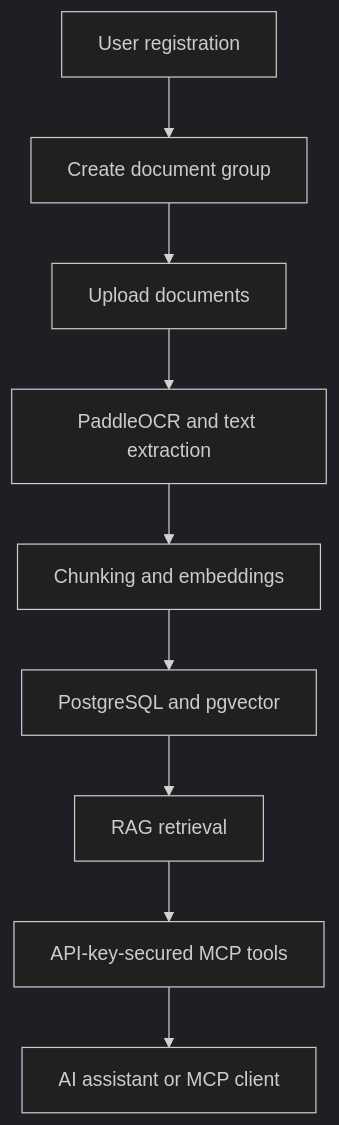
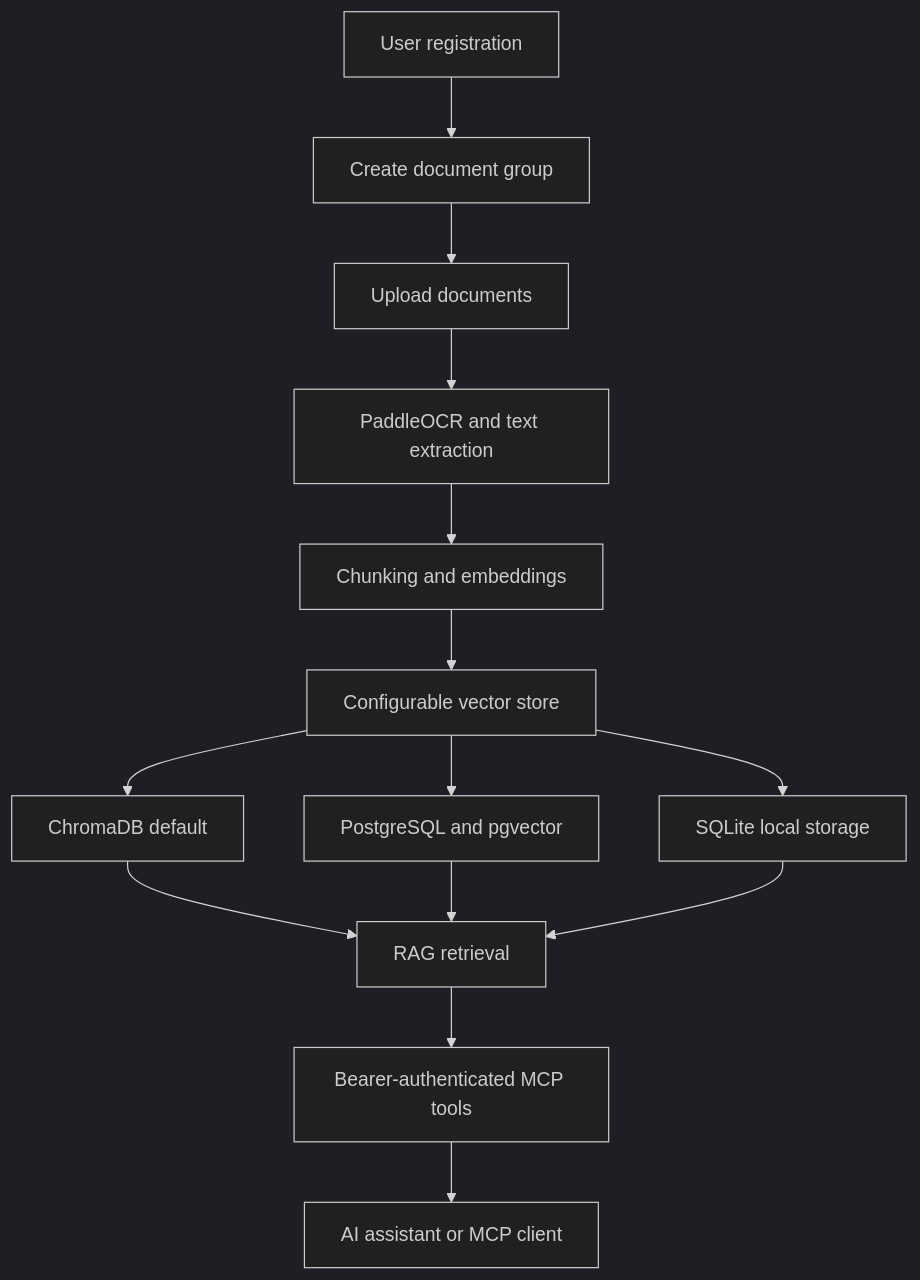
Before and after one commit to MrPrasadRSawant/open-rag-mcp: the diagram in README.md, drawn with Mermaid (dark theme). The commit also changed other lines of this file and 114 other files, not shown here.

````diff
--- a/README.md
+++ b/README.md
@@ -84,11 +88,16 @@
 ```mermaid
 flowchart TD
     A["User registration"] --> B["Create document group"]
     B --> C["Upload documents"]
     C --> D["PaddleOCR and text extraction"]
     D --> E["Chunking and embeddings"]
-    E --> F["PostgreSQL and pgvector"]
-    F --> G["RAG retrieval"]
-    G --> H["API-key-secured MCP tools"]
+    E --> F["Configurable vector store"]
+    F --> F1["ChromaDB default"]
+    F --> F2["PostgreSQL and pgvector"]
+    F --> F3["SQLite local storage"]
+    F1 --> G["RAG retrieval"]
+    F2 --> G
+    F3 --> G
+    G --> H["Bearer-authenticated MCP tools"]
     H --> I["AI assistant or MCP client"]
 ```
````
